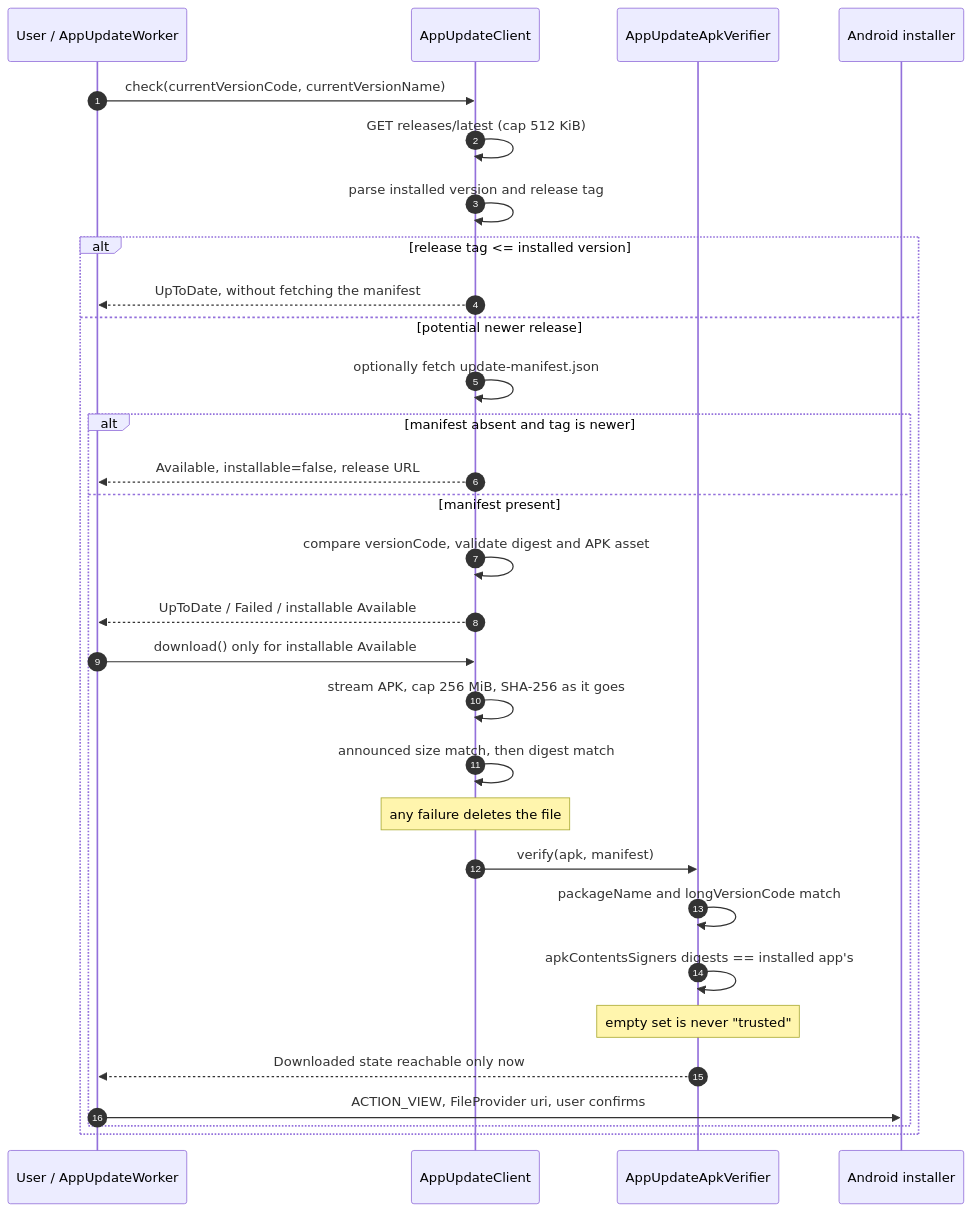
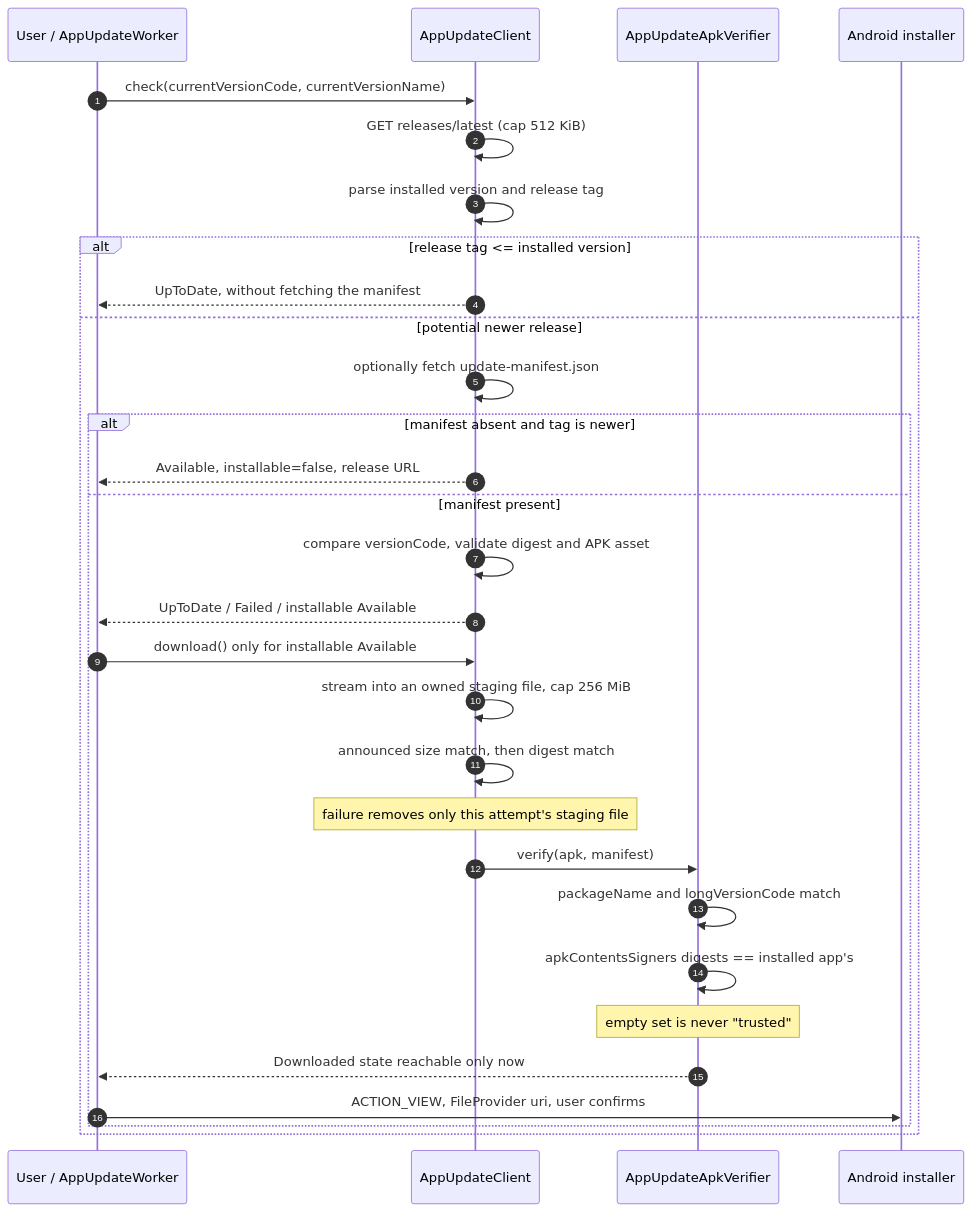
One commit to foxhole-team/foxhole-core changed the sixth of 6 diagrams in docs/architecture/03-updates-and-data-delivery.md. Above: the diagram before and after it, drawn with Mermaid. The commit also changed other lines of this file and 1788 other files, not shown here.

````diff
--- a/docs/architecture/03-updates-and-data-delivery.md
+++ b/docs/architecture/03-updates-and-data-delivery.md
@@ -289,33 +399,33 @@
 ```mermaid
 sequenceDiagram
     autonumber
     participant U as User / AppUpdateWorker
     participant C as AppUpdateClient
     participant V as AppUpdateApkVerifier
     participant P as Android installer
 
     U->>C: check(currentVersionCode, currentVersionName)
     C->>C: GET releases/latest (cap 512 KiB)
     C->>C: parse installed version and release tag
     alt release tag <= installed version
         C-->>U: UpToDate, without fetching the manifest
     else potential newer release
         C->>C: optionally fetch update-manifest.json
         alt manifest absent and tag is newer
             C-->>U: Available, installable=false, release URL
         else manifest present
             C->>C: compare versionCode, validate digest and APK asset
             C-->>U: UpToDate / Failed / installable Available
             U->>C: download() only for installable Available
-            C->>C: stream APK, cap 256 MiB, SHA-256 as it goes
+            C->>C: stream into an owned staging file, cap 256 MiB
             C->>C: announced size match, then digest match
-            Note over C: any failure deletes the file
+            Note over C: failure removes only this attempt's staging file
             C->>V: verify(apk, manifest)
             V->>V: packageName and longVersionCode match
             V->>V: apkContentsSigners digests == installed app's
             Note over V: empty set is never "trusted"
             V-->>U: Downloaded state reachable only now
             U->>P: ACTION_VIEW, FileProvider uri, user confirms
         end
     end
 ```
````
